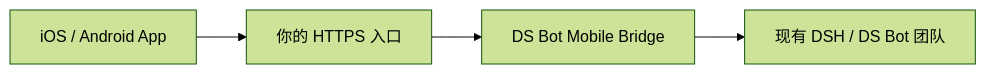
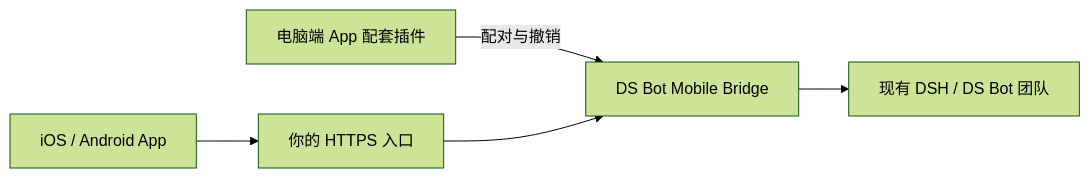
Before and after one commit to MuQY1818/ds-bot-mobile-app: the diagram in README.md, drawn with Mermaid (forest theme). The commit also changed other lines of this file and 30 other files, not shown here.

````diff
--- a/README.md
+++ b/README.md
@@ -41,6 +42,7 @@
 ```mermaid
 flowchart LR
+    Owner["电脑端 App 配套插件"] -->|配对与撤销| Bridge
     Phone["iOS / Android App"] --> HTTPS["你的 HTTPS 入口"]
     HTTPS --> Bridge["DS Bot Mobile Bridge"]
     Bridge --> Host["现有 DSH / DS Bot 团队"]
 ```
````
